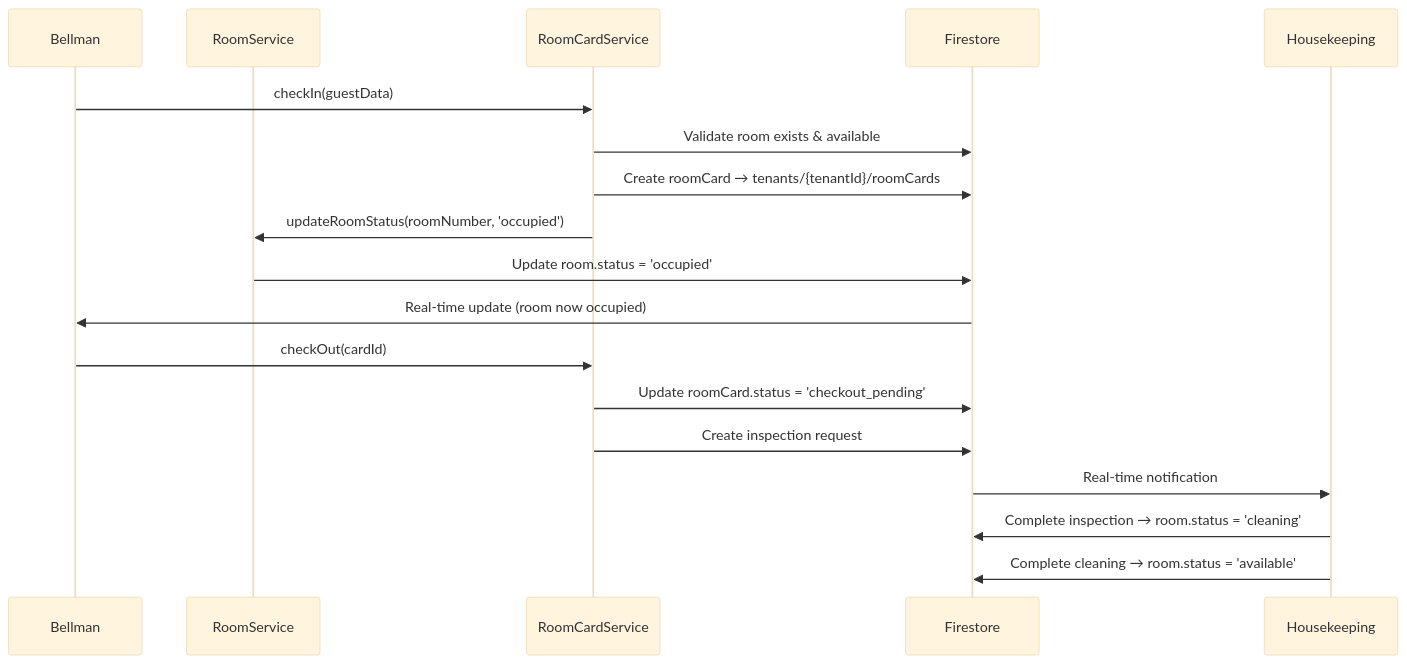
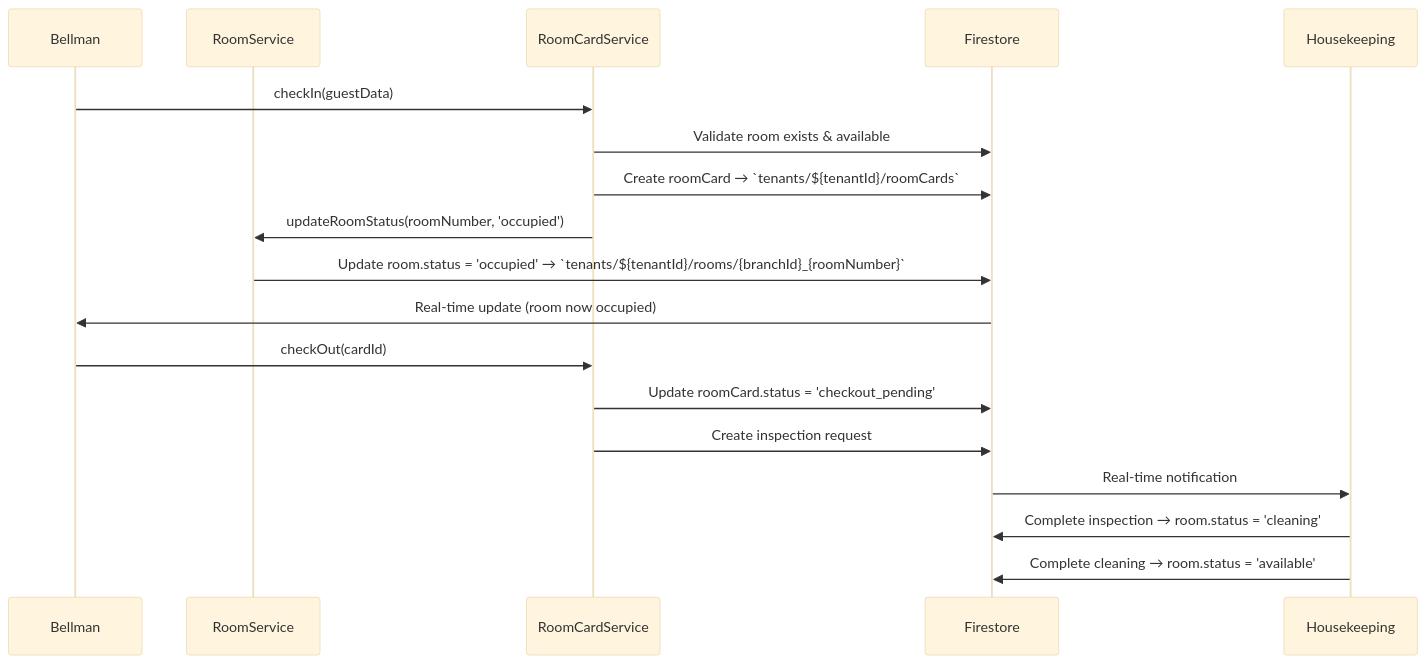
Before and after one commit to 77aayy/Adora-System2026: the fourth of 25 diagrams in DATA_FLOW_DOCUMENTATION.md, drawn with Mermaid (base theme). The commit also changed other lines of this file and 15 other files, not shown here.

First line of the commit message:
fix: Critical Security & Data Flow fixes - Clean Dev Comments

````diff
--- a/DATA_FLOW_DOCUMENTATION.md
+++ b/DATA_FLOW_DOCUMENTATION.md
@@ -130,22 +130,22 @@
 ```mermaid
 sequenceDiagram
     participant Bellman
     participant RoomService
     participant RoomCardService
     participant Firestore
     participant Housekeeping
 
     Bellman->>RoomCardService: checkIn(guestData)
     RoomCardService->>Firestore: Validate room exists & available
-    RoomCardService->>Firestore: Create roomCard → tenants/{tenantId}/roomCards
+    RoomCardService->>Firestore: Create roomCard → `tenants/${tenantId}/roomCards`
     RoomCardService->>RoomService: updateRoomStatus(roomNumber, 'occupied')
-    RoomService->>Firestore: Update room.status = 'occupied'
+    RoomService->>Firestore: Update room.status = 'occupied' → `tenants/${tenantId}/rooms/{branchId}_{roomNumber}`
     Firestore->>Bellman: Real-time update (room now occupied)
     
     Bellman->>RoomCardService: checkOut(cardId)
     RoomCardService->>Firestore: Update roomCard.status = 'checkout_pending'
     RoomCardService->>Firestore: Create inspection request
     Firestore->>Housekeeping: Real-time notification
     Housekeeping->>Firestore: Complete inspection → room.status = 'cleaning'
     Housekeeping->>Firestore: Complete cleaning → room.status = 'available'
 ```
````
